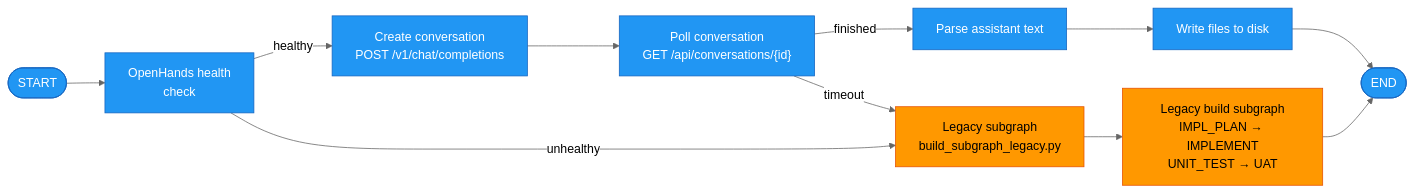
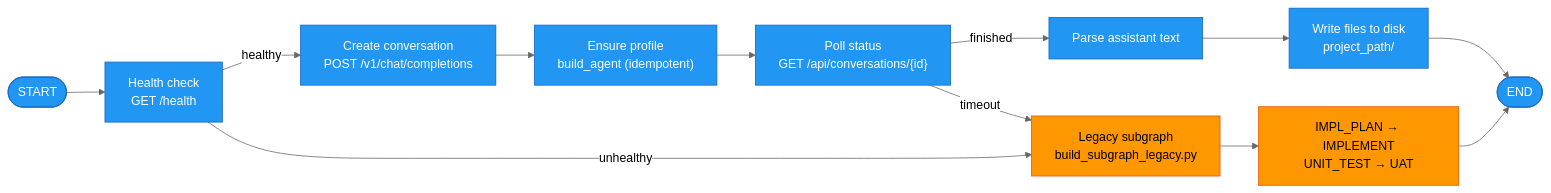
Before and after one commit to terrygzhou/loop_engineering_factory: the second of 4 diagrams in README.md, drawn with Mermaid (neutral theme). The commit also changed other lines of this file and 8 other files, not shown here.

````diff
--- a/README.md
+++ b/README.md
@@ -59,23 +75,25 @@
 ```mermaid
 graph LR
-    START([START]) --> OH_CHECK["OpenHands health\ncheck"]
+    START([START]) --> HEALTH["Health check<br/>GET /health"]
 
-    OH_CHECK -->|healthy| CREATE_CONV["Create conversation\nPOST /v1/chat/completions"]
-    OH_CHECK -->|unhealthy| LEGACY["Legacy subgraph\nbuild_subgraph_legacy.py"]
+    HEALTH -->|healthy| CREATE["Create conversation<br/>POST /v1/chat/completions"]
+    HEALTH -->|unhealthy| LEGACY["Legacy subgraph<br/>build_subgraph_legacy.py"]
 
-    CREATE_CONV --> POLL["Poll conversation\nGET /api/conversations/{id}"]
+    CREATE --> ENSURE["Ensure profile<br/>build_agent (idempotent)"]
+    ENSURE --> POLL["Poll status<br/>GET /api/conversations/{id}"]
     POLL -->|finished| PARSE["Parse assistant text"]
     POLL -->|timeout| LEGACY
 
-    PARSE --> WRITE_FILES["Write files to disk"]
-    WRITE_FILES --> END([END])
+    PARSE --> WRITE["Write files to disk<br/>project_path/"]
+    WRITE --> END([END])
 
-    LEGACY --> LEGACY_RUN["Legacy build subgraph\nIMPL_PLAN → IMPLEMENT\nUNIT_TEST → UAT"]
-    LEGACY_RUN --> END
+    LEGACY --> SUB["IMPL_PLAN → IMPLEMENT<br/>UNIT_TEST → UAT"]
+    SUB --> END
 
     classDef agent fill:#90EE90,stroke:#2E8B57,stroke-width:2px,color:#000
     classDef fallback fill:#FF9800,stroke:#E65100,stroke-width:1px,color:#000
     classDef node fill:#2196F3,stroke:#1565C0,stroke-width:1px,color:#fff
-    class OH_CHECK,CREATE_CONV,POLL,PARSE,WRITE_FILES node
-    class LEGACY,LEGACY_RUN fallback
+    class HEALTH,ENSURE,POLL,PARSE,WRITE node
+    class CREATE node
+    class LEGACY,SUB fallback
 ```
````
